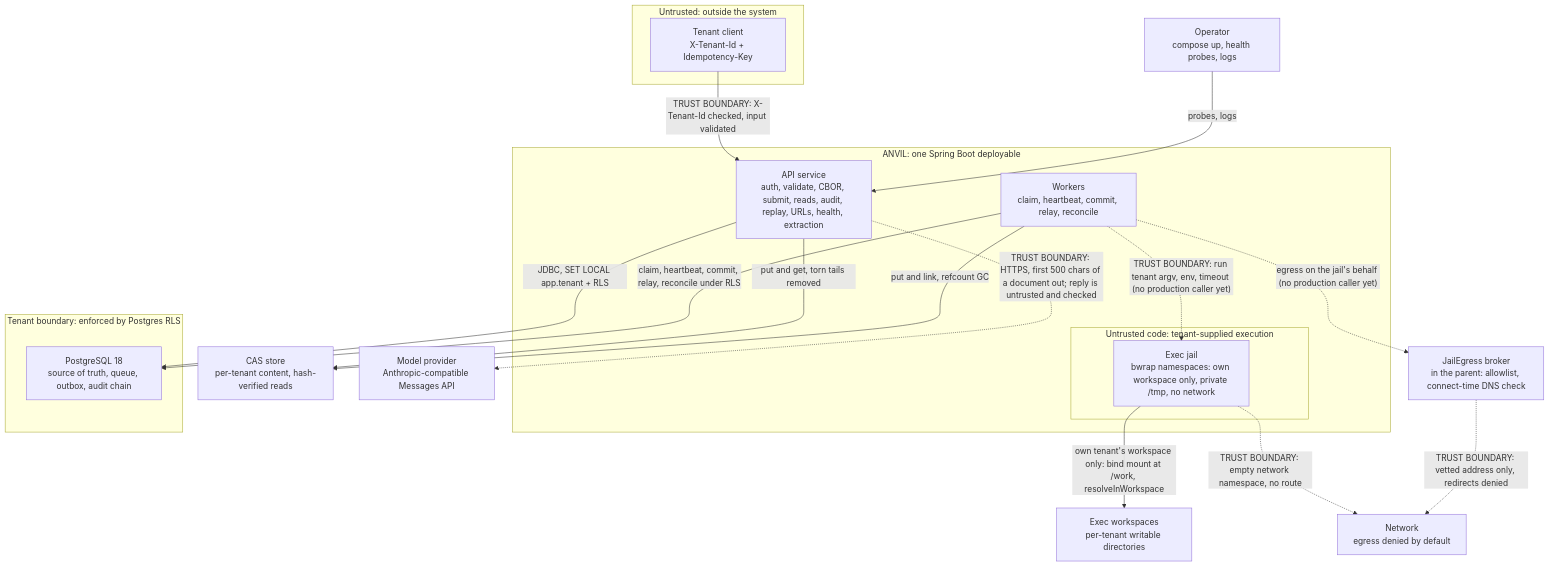
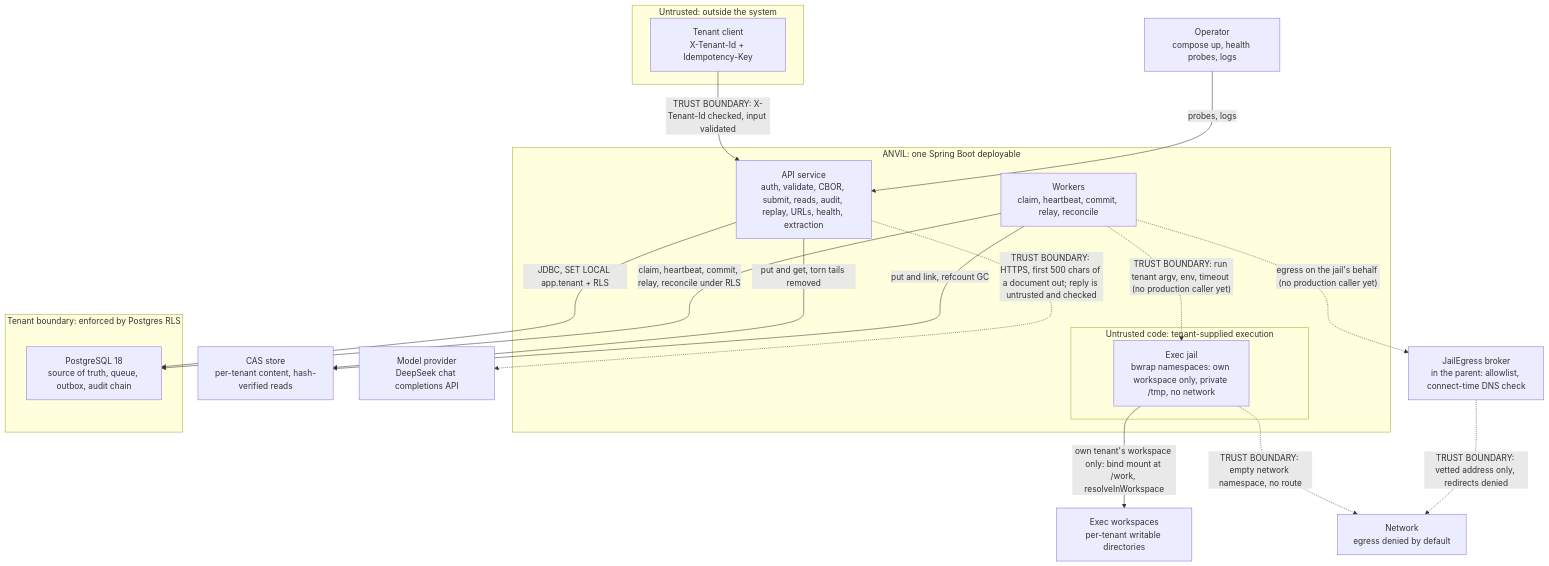
The diagram in docs/architecture/containers.mmd (G1DO/anvil), drawn with Mermaid before and after one commit. The commit also changed 17 other files, not shown here.

First line of the commit message:
Replace the Gemini and Anthropic adapters with one DeepSeek adapter

```diff
--- a/docs/architecture/containers.mmd
+++ b/docs/architecture/containers.mmd
@@ -1,32 +1,32 @@
 flowchart TB
     subgraph untrusted["Untrusted: outside the system"]
         tenantClient["Tenant client<br/>X-Tenant-Id + Idempotency-Key"]
     end
     operator["Operator<br/>compose up, health probes, logs"]
     subgraph anvil["ANVIL: one Spring Boot deployable"]
         api["API service<br/>auth, validate, CBOR, submit, reads, audit, replay, URLs, health, extraction"]
         workers["Workers<br/>claim, heartbeat, commit, relay, reconcile"]
         subgraph jailZone["Untrusted code: tenant-supplied execution"]
             jail["Exec jail<br/>bwrap namespaces: own workspace only, private /tmp, no network"]
         end
     end
     subgraph tenantData["Tenant boundary: enforced by Postgres RLS"]
         postgres["PostgreSQL 18<br/>source of truth, queue, outbox, audit chain"]
     end
     casStore["CAS store<br/>per-tenant content, hash-verified reads"]
     execWorkspaces["Exec workspaces<br/>per-tenant writable directories"]
     network["Network<br/>egress denied by default"]
-    llm["Model provider<br/>Anthropic-compatible Messages API"]
+    llm["Model provider<br/>DeepSeek chat completions API"]
     broker["JailEgress broker<br/>in the parent: allowlist, connect-time DNS check"]
     tenantClient -->|"TRUST BOUNDARY: X-Tenant-Id checked, input validated"| api
     operator -->|probes, logs| api
     api -->|"JDBC, SET LOCAL app.tenant + RLS"| postgres
     workers -->|"claim, heartbeat, commit, relay, reconcile under RLS"| postgres
     api -->|put and get, torn tails removed| casStore
     api -.->|"TRUST BOUNDARY: HTTPS, first 500 chars of a document out; reply is untrusted and checked"| llm
     workers -->|put and link, refcount GC| casStore
     workers -.->|"TRUST BOUNDARY: run tenant argv, env, timeout (no production caller yet)"| jail
     jail -->|"own tenant's workspace only: bind mount at /work, resolveInWorkspace"| execWorkspaces
     jail -.->|"TRUST BOUNDARY: empty network namespace, no route"| network
     workers -.->|"egress on the jail's behalf (no production caller yet)"| broker
     broker -.->|"TRUST BOUNDARY: vetted address only, redirects denied"| network
```
